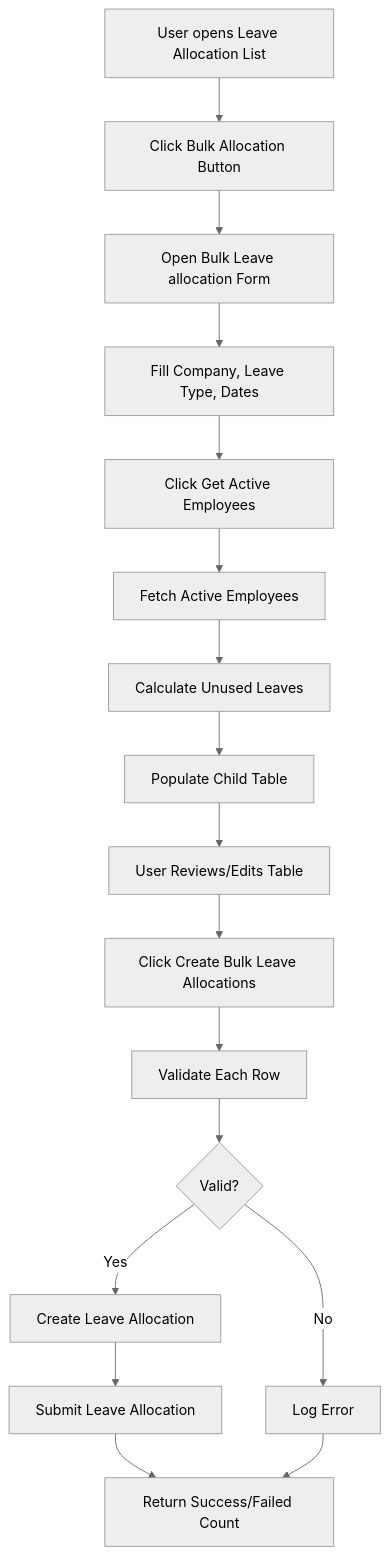
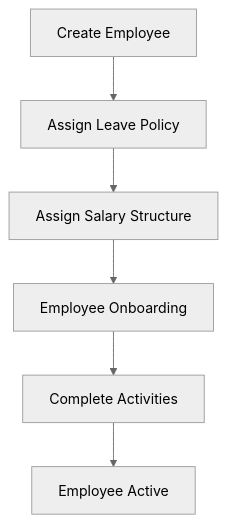
Before and after one commit to abdopcnet/tatweer_hr_advance: the first of 6 diagrams in app_workflow.md, drawn with Mermaid (neutral theme). The commit also changed other lines of this file, not shown here.

````diff
--- a/app_workflow.md
+++ b/app_workflow.md
@@ -9,19 +11,8 @@
 ```mermaid
 flowchart TD
-    A[User opens Leave Allocation List] --> B[Click Bulk Allocation Button]
-    B --> C[Open Bulk Leave allocation Form]
-    C --> D[Fill Company, Leave Type, Dates]
-    D --> E[Click Get Active Employees]
-    E --> F[Fetch Active Employees]
-    F --> G[Calculate Unused Leaves]
-    G --> H[Populate Child Table]
-    H --> I[User Reviews/Edits Table]
-    I --> J[Click Create Bulk Leave Allocations]
-    J --> K[Validate Each Row]
-    K --> L{Valid?}
-    L -->|Yes| M[Create Leave Allocation]
-    L -->|No| N[Log Error]
-    M --> O[Submit Leave Allocation]
-    O --> P[Return Success/Failed Count]
-    N --> P
+    A[Create Employee] --> B[Assign Leave Policy]
+    B --> C[Assign Salary Structure]
+    C --> D[Employee Onboarding]
+    D --> E[Complete Activities]
+    E --> F[Employee Active]
 ```
````
